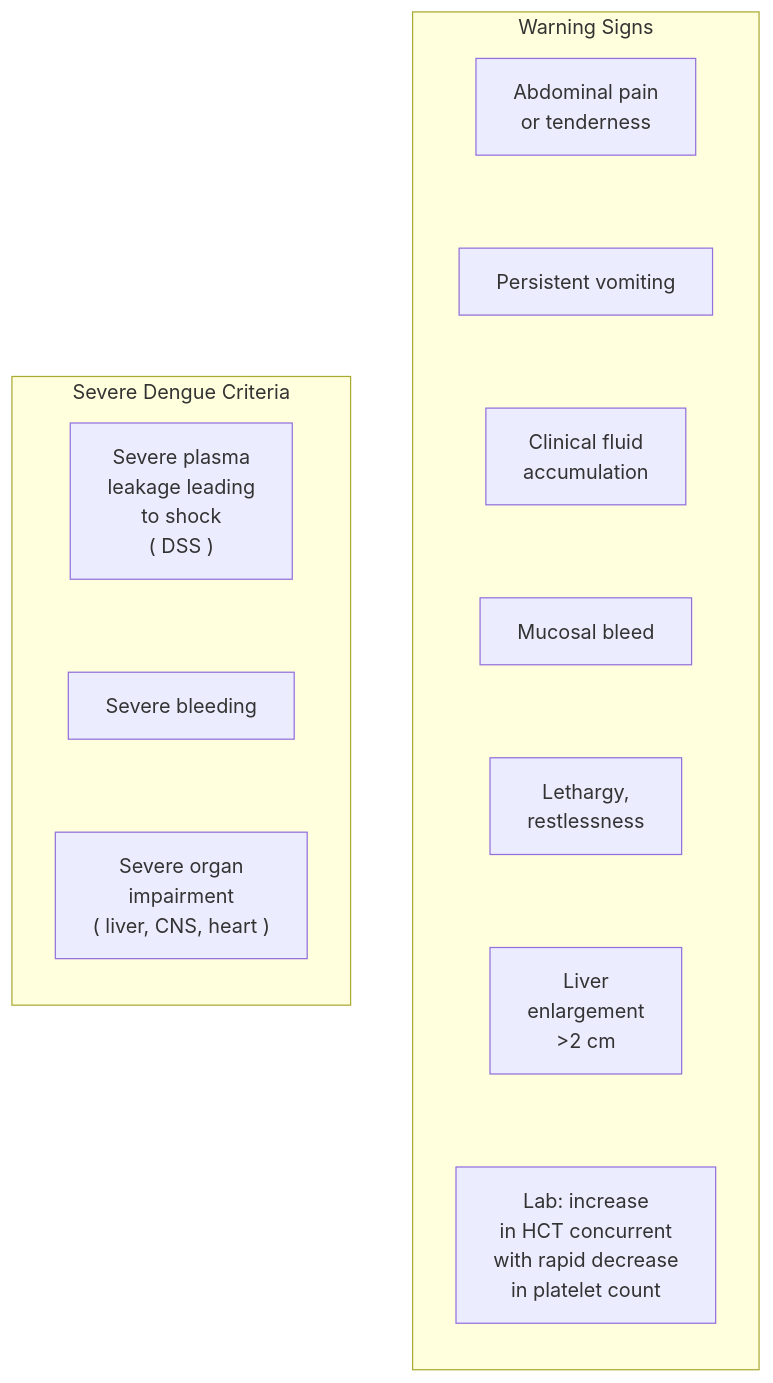
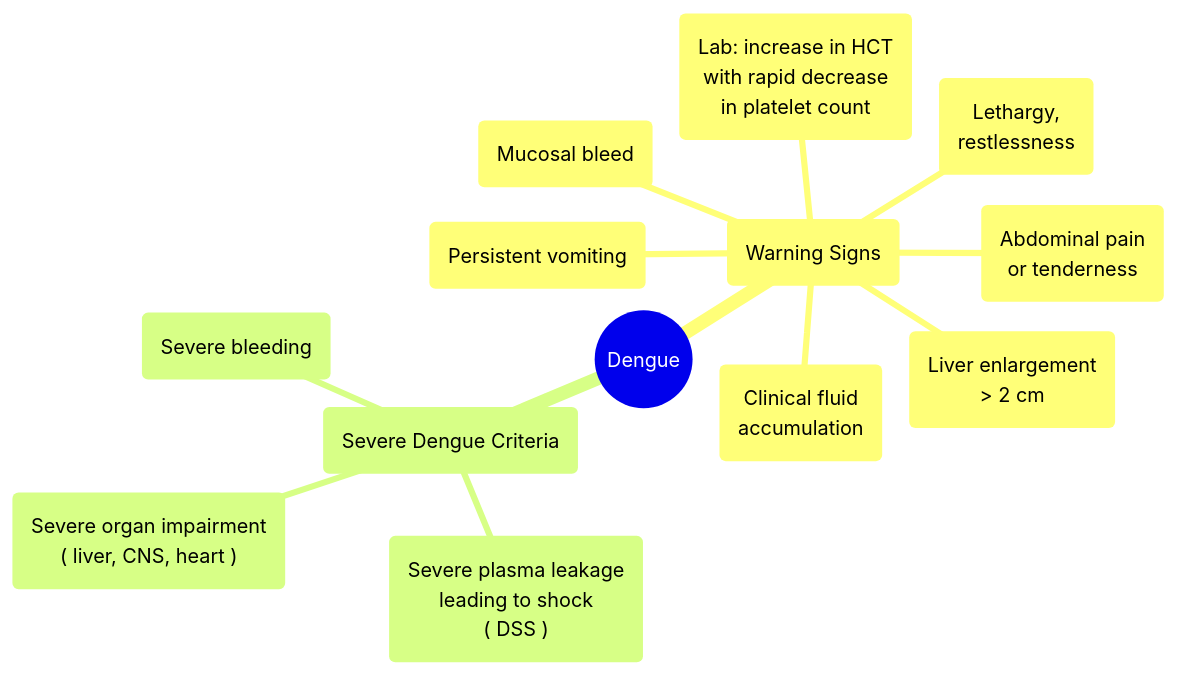
The third of 3 diagrams in src/site/notes/Infectious Diseases/Dengue.md (rubanbalaji-g/dnb-theory), drawn with Mermaid before and after one commit. The commit also changed other lines of this file, not shown here.

Commit message:
Published multiple files

````diff
--- a/src/site/notes/Infectious Diseases/Dengue.md
+++ b/src/site/notes/Infectious Diseases/Dengue.md
@@ -168,28 +168,17 @@
 ```mermaid
-graph TB
-    subgraph "Warning Signs"
-        direction TB
-        WS1[Abdominal pain <br>or tenderness]
-        WS2[Persistent vomiting]
-        WS3[Clinical fluid <br>accumulation]
-        WS4[Mucosal bleed]
-        WS5[Lethargy, <br>restlessness]
-        WS6[Liver <br>enlargement <br> >2 cm]
-        WS7[Lab: increase <br>in HCT concurrent <br>with rapid decrease <br>in platelet count]
-
-        %% Invisible links to force vertical stacking
-        WS1 ~~~ WS2 ~~~ WS3 ~~~ WS4 ~~~ WS5 ~~~ WS6 ~~~ WS7
-    end
-    
-    subgraph "Severe Dengue Criteria"
-        direction TB
-        SD1[Severe plasma <br>leakage leading <br>to shock <br>&lpar; DSS &rpar;]
-        SD2[Severe bleeding]
-        SD3[Severe organ <br>impairment <br>&lpar; liver, CNS, heart &rpar;]
-
-        %% Invisible links to force vertical stacking
-        SD1 ~~~ SD2 ~~~ SD3
-    end
-
+mindmap
+  root((Dengue))
+    ("Warning Signs")
+      ("Abdominal pain <br>or tenderness")
+      ("Persistent vomiting")
+      ("Clinical fluid <br>accumulation")
+      ("Mucosal bleed")
+      ("Lethargy, <br>restlessness")
+      ("Liver enlargement <br> #62; 2 cm")
+      ("Lab: increase in HCT<br>with rapid decrease<br>in platelet count")
+    ("Severe Dengue Criteria")
+      ("Severe plasma leakage<br>leading to shock<br>&lpar; DSS &rpar;")
+      ("Severe bleeding")
+      ("Severe organ impairment<br>&lpar; liver, CNS, heart &rpar;")
 
 ```
````
